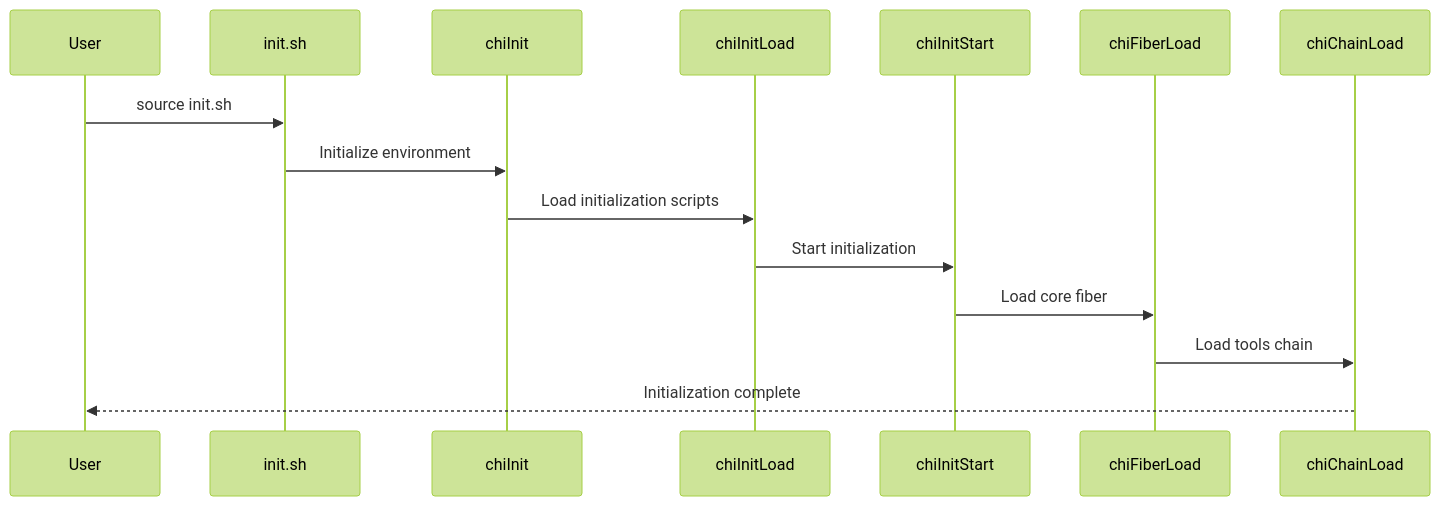
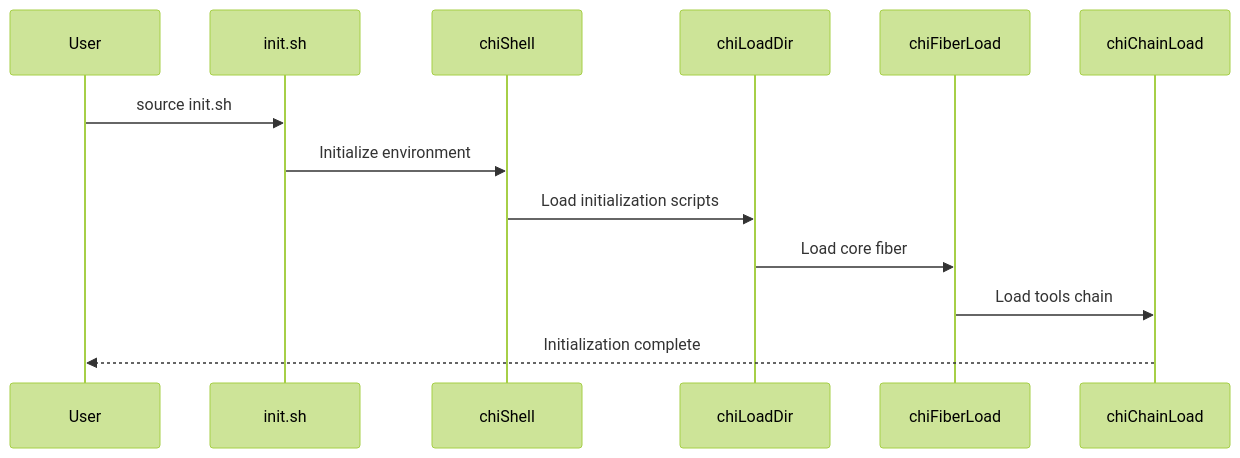
One commit to edobry/chitin changed the diagram in docs/initialization.md. Above: the diagram before and after it, drawn with Mermaid (forest theme). The commit also changed other lines of this file and 7 other files, not shown here.

````diff
--- a/docs/initialization.md
+++ b/docs/initialization.md
@@ -136,18 +143,16 @@
 ```mermaid
 sequenceDiagram
     participant User
     participant init.sh
-    participant chiInit
-    participant chiInitLoad
-    participant chiInitStart
+    participant chiShell
+    participant chiLoadDir
     participant chiFiberLoad
     participant chiChainLoad
 
     User->>init.sh: source init.sh
-    init.sh->>chiInit: Initialize environment
-    chiInit->>chiInitLoad: Load initialization scripts
-    chiInitLoad->>chiInitStart: Start initialization
-    chiInitStart->>chiFiberLoad: Load core fiber
+    init.sh->>chiShell: Initialize environment
+    chiShell->>chiLoadDir: Load initialization scripts
+    chiLoadDir->>chiFiberLoad: Load core fiber
     chiFiberLoad->>chiChainLoad: Load tools chain
     chiChainLoad-->>User: Initialization complete
 ```
````
